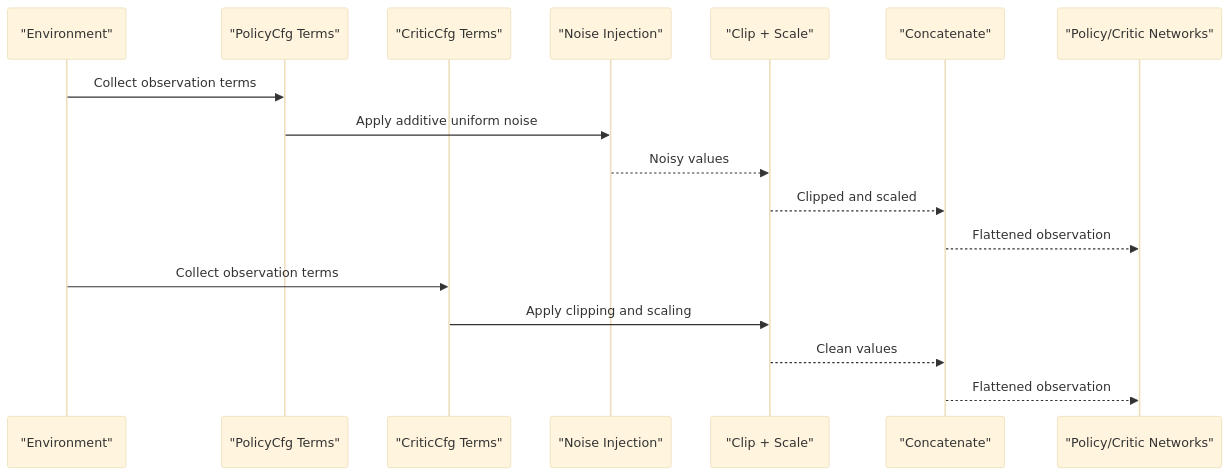
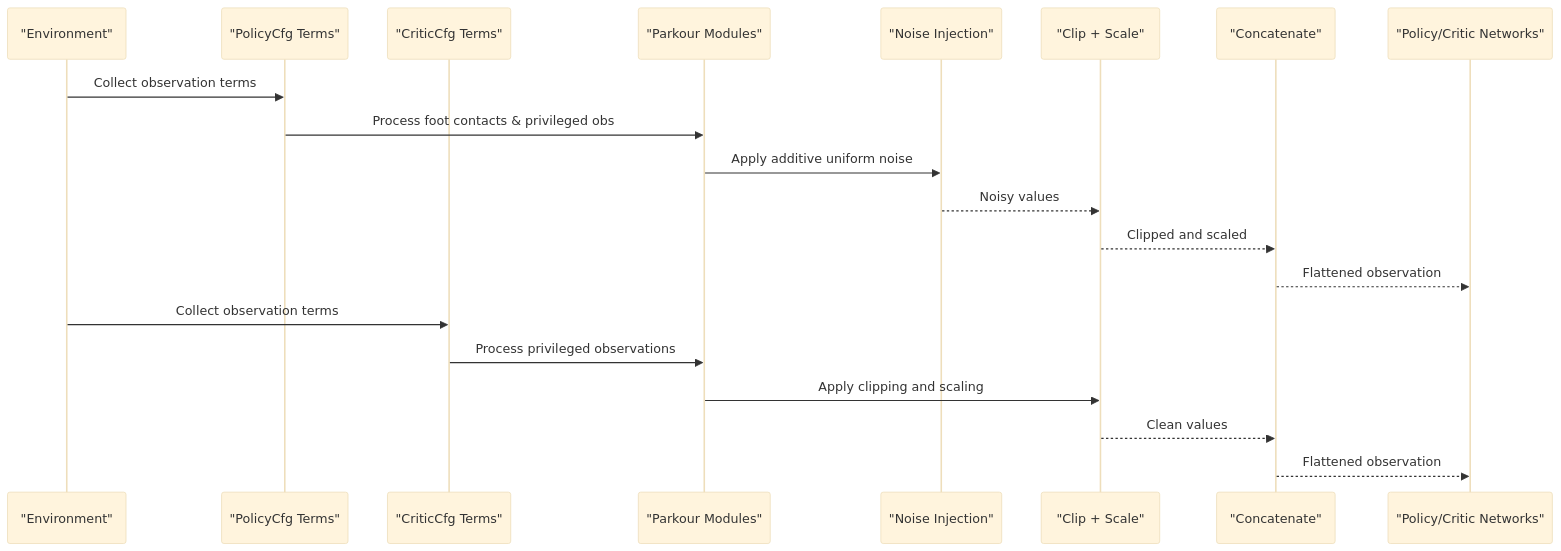
The second of 3 diagrams in .qoder/repowiki/en/content/Task Configuration Framework/Velocity-Based Locomotion Tasks/Observation System and State Representation.md (jayjayhust/robot_lab), drawn with Mermaid (base theme) before and after one commit. The commit also changed other lines of this file and 17 other files, not shown here.

````diff
--- a/.qoder/repowiki/en/content/Task Configuration Framework/Velocity-Based Locomotion Tasks/Observation System and State Representation.md
+++ b/.qoder/repowiki/en/content/Task Configuration Framework/Velocity-Based Locomotion Tasks/Observation System and State Representation.md
@@ -92,19 +121,22 @@
 ```mermaid
 sequenceDiagram
 participant Env as "Environment"
 participant PolicyObs as "PolicyCfg Terms"
 participant CriticObs as "CriticCfg Terms"
+participant ParkourObs as "Parkour Modules"
 participant Noise as "Noise Injection"
 participant ClipScale as "Clip + Scale"
 participant Concat as "Concatenate"
 participant Net as "Policy/Critic Networks"
 Env->>PolicyObs : Collect observation terms
-PolicyObs->>Noise : Apply additive uniform noise
+PolicyObs->>ParkourObs : Process foot contacts & privileged obs
+ParkourObs->>Noise : Apply additive uniform noise
 Noise-->>ClipScale : Noisy values
 ClipScale-->>Concat : Clipped and scaled
 Concat-->>Net : Flattened observation
 Env->>CriticObs : Collect observation terms
-CriticObs->>ClipScale : Apply clipping and scaling
+CriticObs->>ParkourObs : Process privileged observations
+ParkourObs->>ClipScale : Apply clipping and scaling
 ClipScale-->>Concat : Clean values
 Concat-->>Net : Flattened observation
 ```
````
